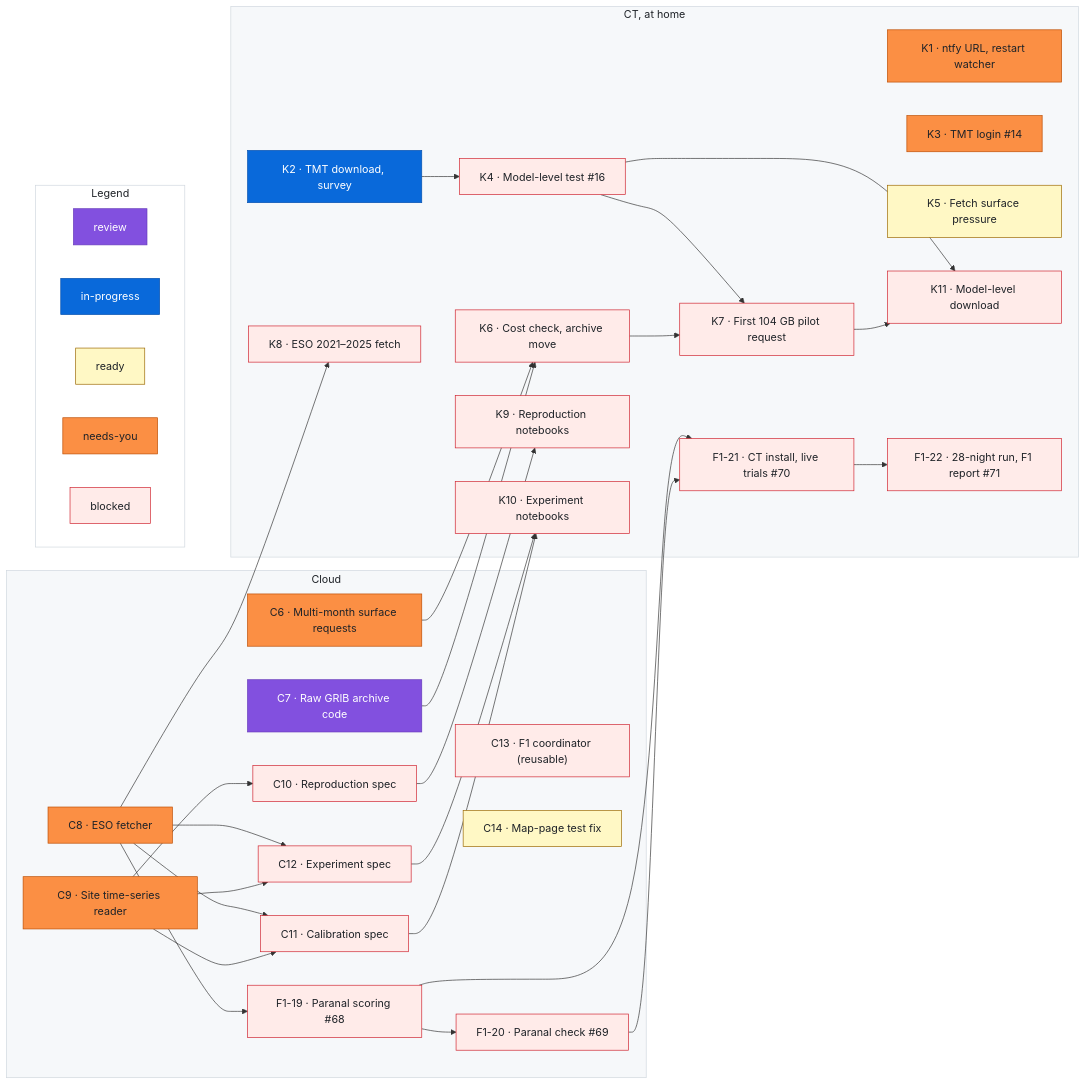
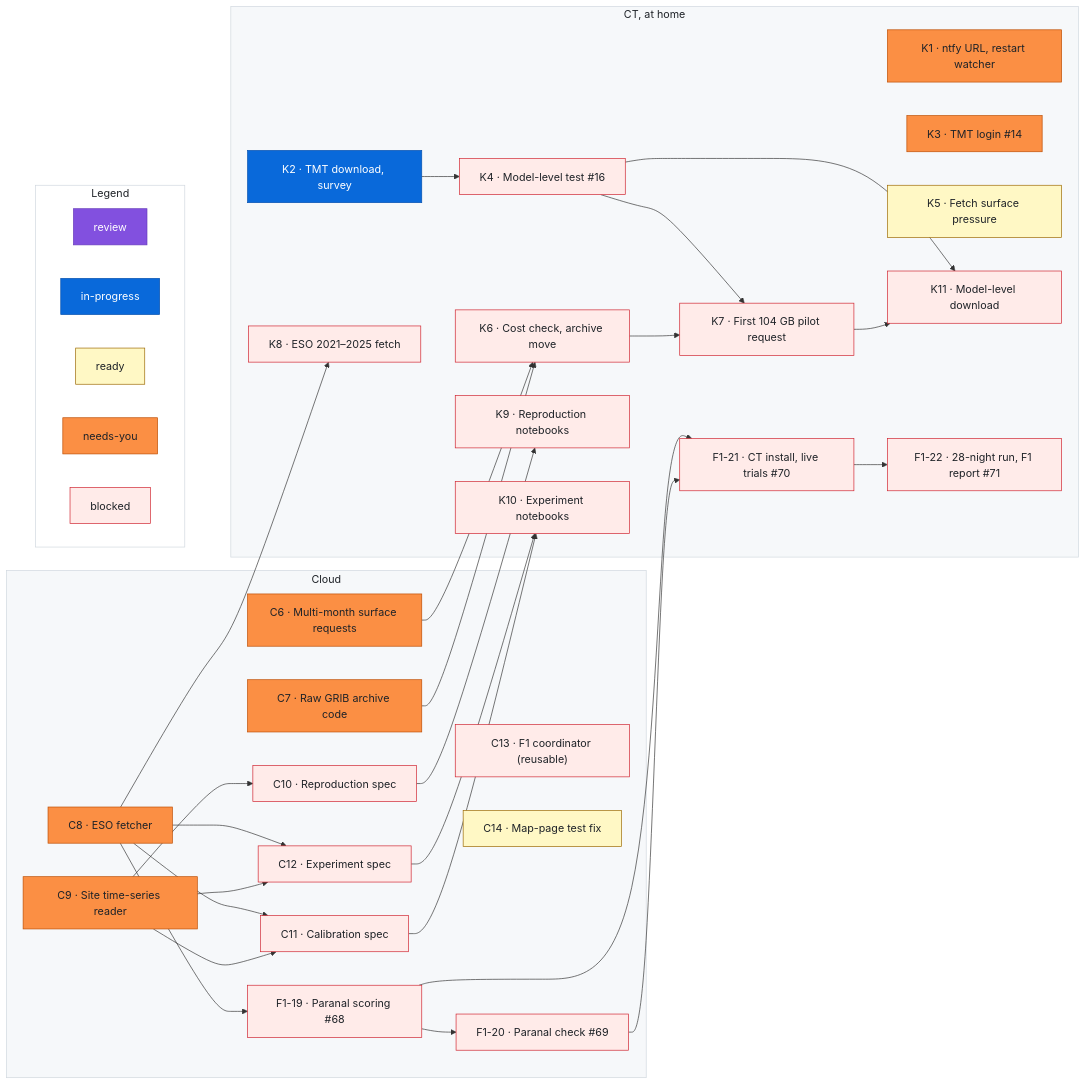
The diagram in docs/roadmap.md (rrweller/Astro-seeing), drawn with Mermaid before and after one commit. The commit also changed other lines of this file, not shown here.

Commit message:
roadmap: C7 review → needs-you
Claude-Session: https://claude.ai/code/session_01ECS9rbsnWYATZiyvRztFEY

```diff
--- a/docs/roadmap.md
+++ b/docs/roadmap.md
@@ -138,7 +138,7 @@
   %% Status lines: one per item, each followed by a `%% ---` spacer. Sessions change only the last word.
   class C6 needsyou
   %% ---
-  class C7 review
+  class C7 needsyou
   %% ---
   class C8 needsyou
   %% ---
```
